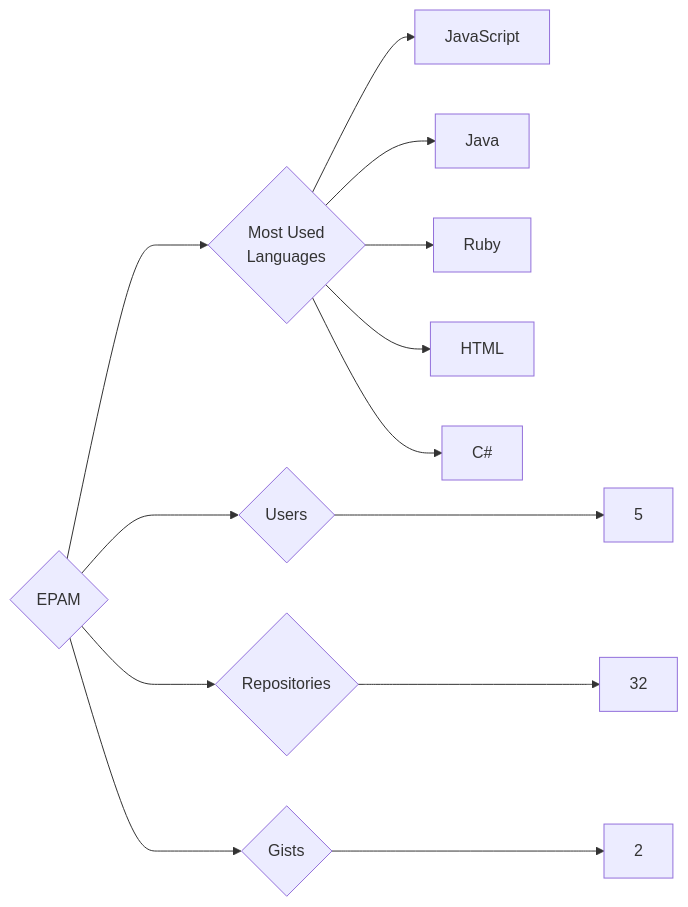
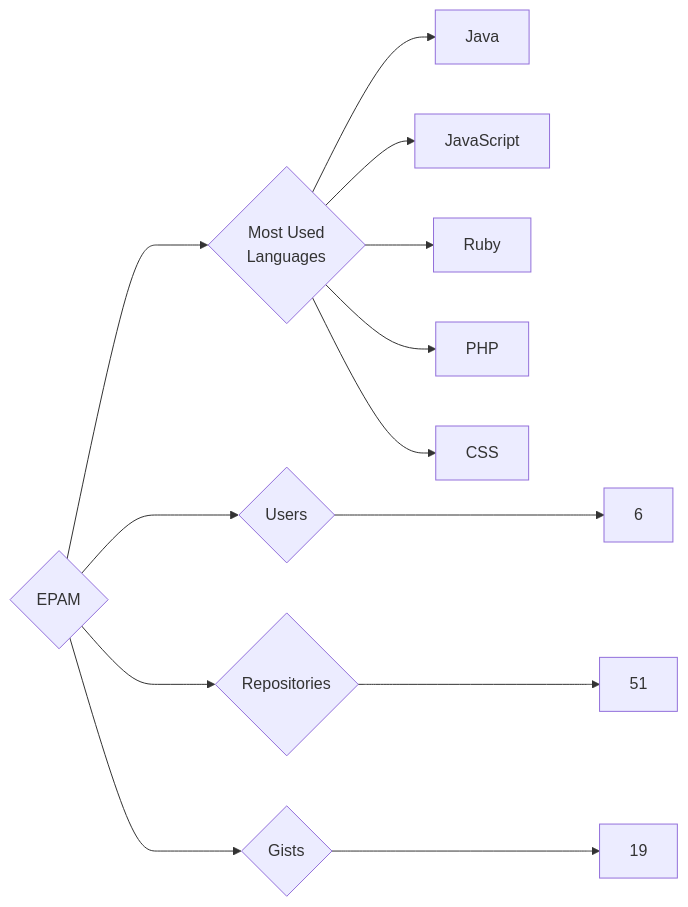
The diagram in targets/EPAM/README.md (trickest/insiders), drawn with Mermaid before and after one commit. The commit also changed 1166 other files, not shown here.

````diff
--- a/targets/EPAM/README.md
+++ b/targets/EPAM/README.md
@@ -3,13 +3,13 @@
 ```mermaid
 graph LR
 COMPANY_NAME{EPAM}
-COMPANY_NAME ---> U{Users} ---> UN[5]
-COMPANY_NAME ---> R{Repositories} ---> RN[32]
-COMPANY_NAME ---> G{Gists} ---> GN[2]
+COMPANY_NAME ---> U{Users} ---> UN[6]
+COMPANY_NAME ---> R{Repositories} ---> RN[51]
+COMPANY_NAME ---> G{Gists} ---> GN[19]
 COMPANY_NAME ---> ML{Most Used<br>Languages}
+ML --> Java[Java]
 ML --> JavaScript[JavaScript]
-ML --> Java[Java]
 ML --> Ruby[Ruby]
-ML --> HTML[HTML]
-ML --> C#[C#]
+ML --> PHP[PHP]
+ML --> CSS[CSS]
 ```
````
